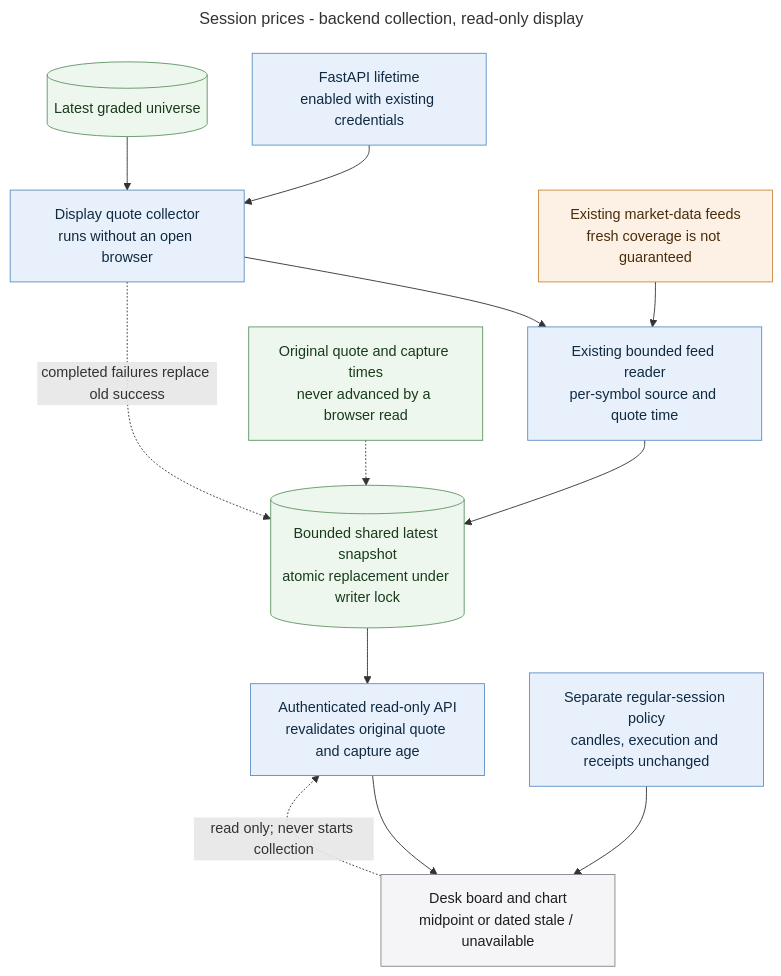
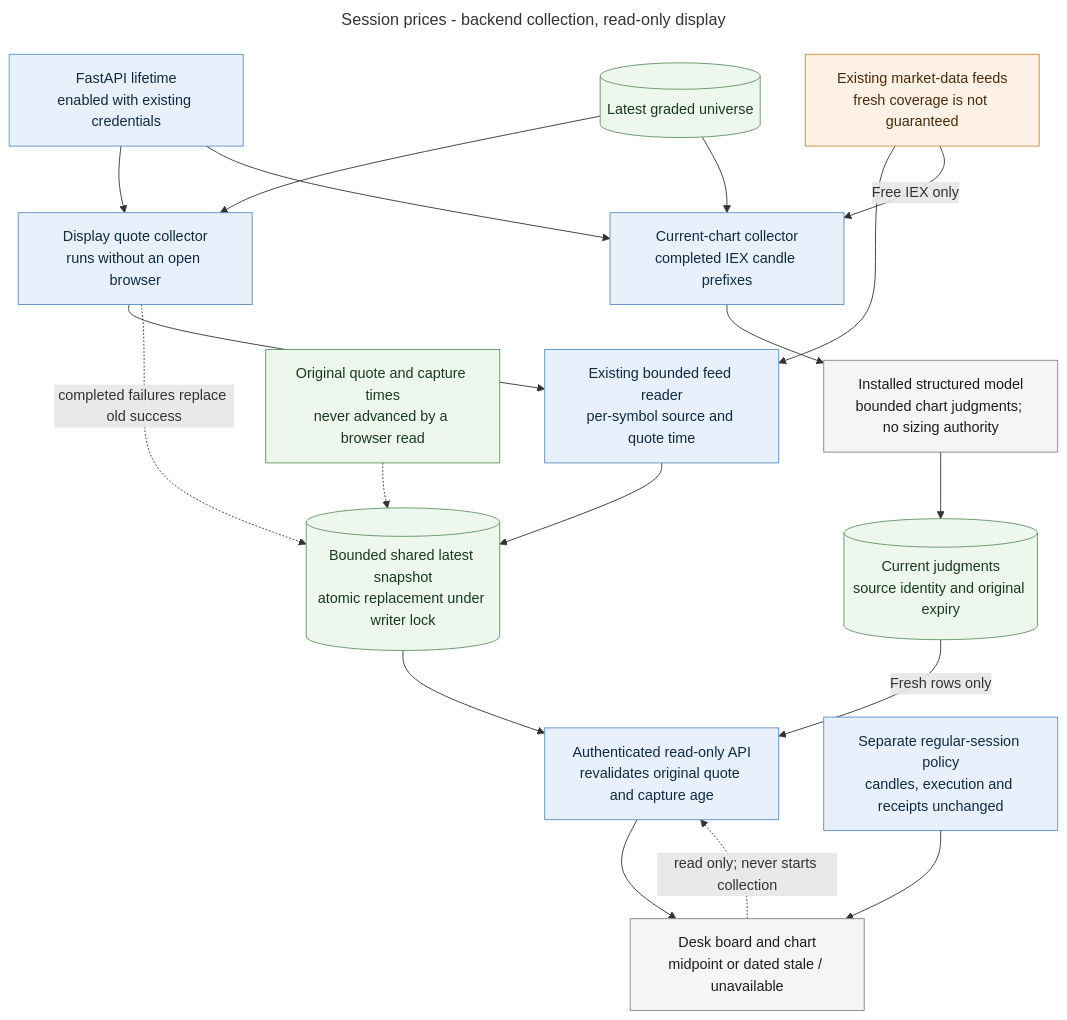
One commit to MallyaAni/PersonalAssistant changed the diagram in docs/diagrams/session-price-collection.mmd. Above: the diagram before and after it, drawn with Mermaid. The commit also changed 28 other files, not shown here.

Commit message:
Rank fresh dashboard opportunities with grounded chart judgments

```diff
--- a/docs/diagrams/session-price-collection.mmd
+++ b/docs/diagrams/session-price-collection.mmd
@@ -1,24 +1,30 @@
 ---
 title: Session prices - backend collection, read-only display
 ---
 flowchart TB
     Lifetime[FastAPI lifetime<br/>enabled with existing credentials] --> Collector[Display quote collector<br/>runs without an open browser]
     Universe[(Latest graded universe)] --> Collector
     Collector --> Reader[Existing bounded feed reader<br/>per-symbol source and quote time]
     Feeds[Existing market-data feeds<br/>fresh coverage is not guaranteed] --> Reader
     Reader --> Snapshot[(Bounded shared latest snapshot<br/>atomic replacement under writer lock)]
     Collector -. completed failures replace old success .-> Snapshot
     Snapshot --> API[Authenticated read-only API<br/>revalidates original quote and capture age]
     API --> UI[Desk board and chart<br/>midpoint or dated stale / unavailable]
     UI -. read only; never starts collection .-> API
     Evidence[Original quote and capture times<br/>never advanced by a browser read] -.-> Snapshot
     Policy[Separate regular-session policy<br/>candles, execution and receipts unchanged] --> UI
+    Lifetime --> ChartCollector[Current-chart collector<br/>completed IEX candle prefixes]
+    Universe --> ChartCollector
+    Feeds -->|Free IEX only| ChartCollector
+    ChartCollector --> ChartModel[Installed structured model<br/>bounded chart judgments; no sizing authority]
+    ChartModel --> ChartStore[(Current judgments<br/>source identity and original expiry)]
+    ChartStore -->|Fresh rows only| API
 
     classDef application fill:#e8f1fb,stroke:#5e8fc4,color:#102a43;
     classDef data fill:#eef7ee,stroke:#5f9562,color:#183b1b;
     classDef external fill:#fdf1e6,stroke:#c98a3d,color:#4a2c0a;
     classDef interface fill:#f5f5f7,stroke:#86868b,color:#1d1d1f;
-    class Lifetime,Collector,Reader,API,Policy application;
-    class Universe,Snapshot,Evidence data;
+    class Lifetime,Collector,Reader,API,Policy,ChartCollector application;
+    class Universe,Snapshot,Evidence,ChartStore data;
     class Feeds external;
-    class UI interface;
+    class UI,ChartModel interface;
```
